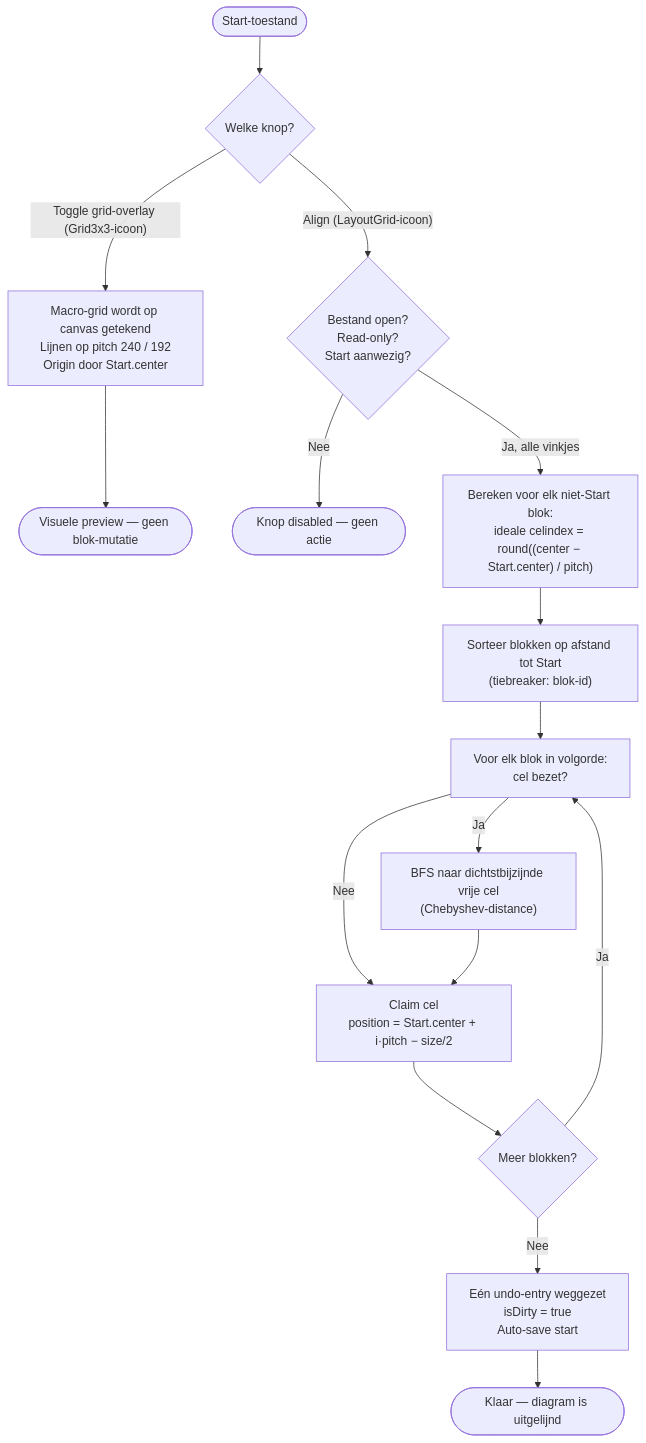
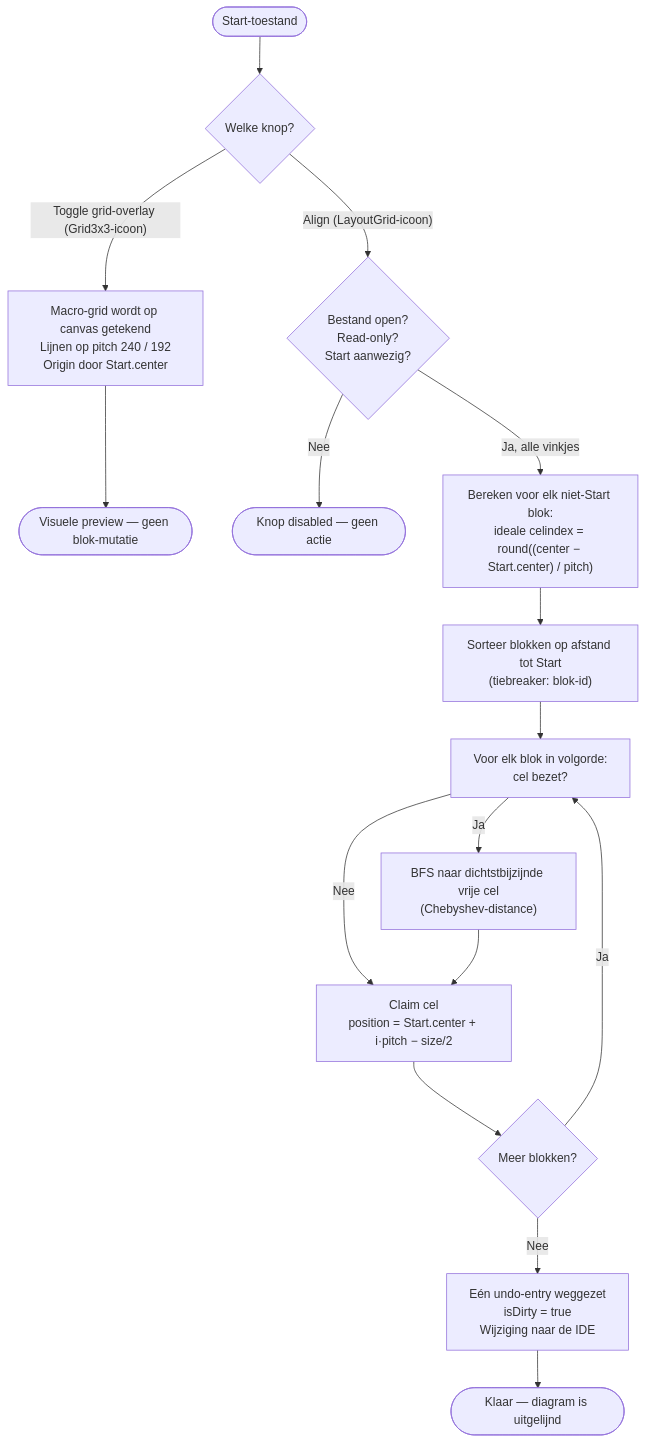
One commit to GRJX/mmd-flowchart changed the fifth of 18 diagrams in docs/USERFLOWS.md. Above: the diagram before and after it, drawn with Mermaid. The commit also changed other lines of this file and 36 other files, not shown here.

First line of the commit message:
feat: add MMD Flowchart extension for VS Code

````diff
--- a/docs/USERFLOWS.md
+++ b/docs/USERFLOWS.md
@@ -101,18 +97,18 @@
 ```mermaid
 flowchart TD
     A([Start-toestand]) --> B{Welke knop?}
     B -- "Toggle grid-overlay (Grid3x3-icoon)" --> C["Macro-grid wordt op canvas getekend<br>Lijnen op pitch 240 / 192<br>Origin door Start.center"]
     C --> D([Visuele preview — geen blok-mutatie])
     B -- "Align (LayoutGrid-icoon)" --> E{"Bestand open?<br>Read-only?<br>Start aanwezig?"}
     E -- "Nee" --> F([Knop disabled — geen actie])
     E -- "Ja, alle vinkjes" --> G["Bereken voor elk niet-Start blok:<br>ideale celindex = round((center − Start.center) / pitch)"]
     G --> H["Sorteer blokken op afstand tot Start<br>(tiebreaker: blok-id)"]
     H --> I["Voor elk blok in volgorde:<br>cel bezet?"]
     I -- Nee --> J["Claim cel<br>position = Start.center + i·pitch − size/2"]
     I -- Ja --> K["BFS naar dichtstbijzijnde vrije cel<br>(Chebyshev-distance)"]
     K --> J
     J --> L{Meer blokken?}
     L -- Ja --> I
-    L -- Nee --> M["Eén undo-entry weggezet<br>isDirty = true<br>Auto-save start"]
+    L -- Nee --> M["Eén undo-entry weggezet<br>isDirty = true<br>Wijziging naar de IDE"]
     M --> N([Klaar — diagram is uitgelijnd])
 ```
````
